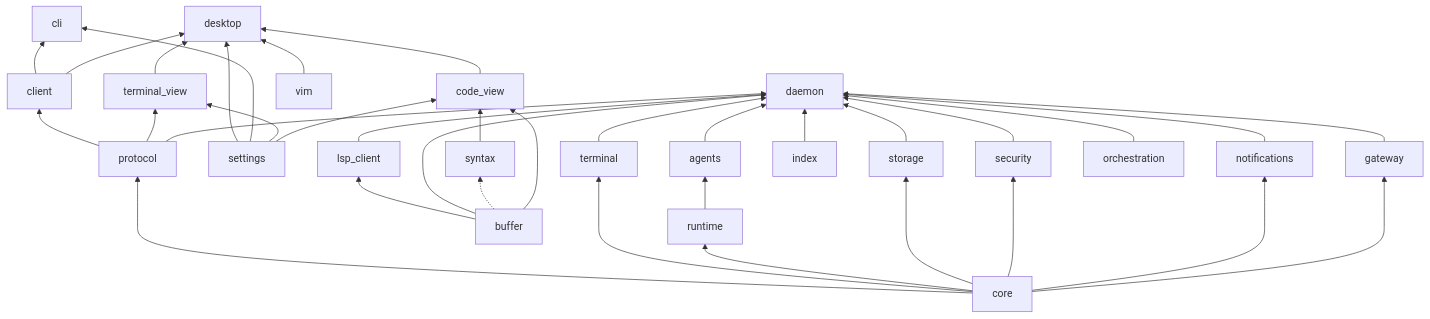
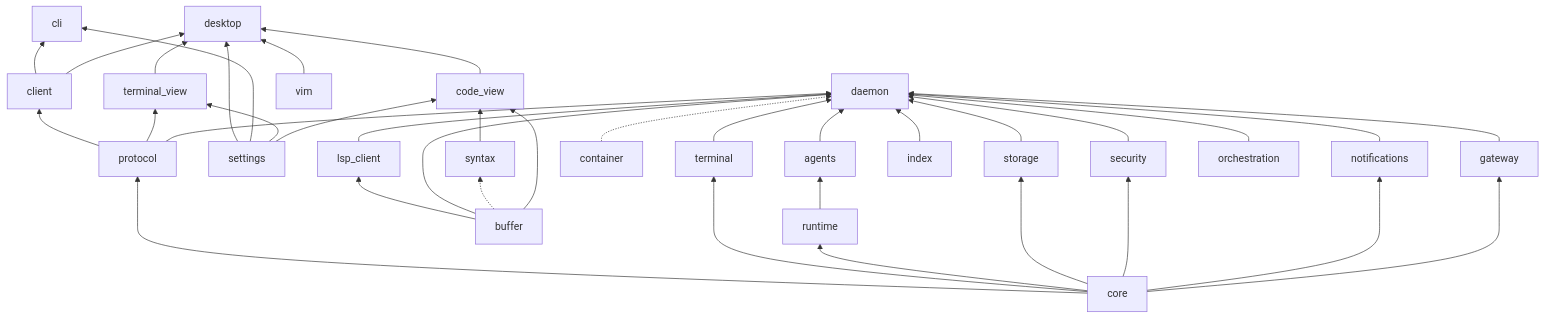
One commit to robertt3kuk/hutan changed the second of 8 diagrams in docs/architecture.md. Above: the diagram before and after it, drawn with Mermaid. The commit also changed other lines of this file and 1 other file, not shown here.

Commit message:
docs(architecture): container runtime crate (C-1)

````diff
--- a/docs/architecture.md
+++ b/docs/architecture.md
@@ -60,23 +61,24 @@
 ```mermaid
 flowchart BT
   core --> protocol
   protocol --> client
   client --> cli
   client --> desktop
   protocol --> terminal_view --> desktop
   settings --> desktop
   settings --> cli
   settings --> terminal_view
   core --> terminal & runtime & storage & security & notifications
   buffer
+  container -.-> daemon
   buffer --> lsp_client
   lsp_client & buffer --> daemon
   buffer -.-> syntax
   buffer & syntax & settings --> code_view --> desktop
   vim --> desktop
   index --> daemon
   runtime --> agents
   core --> gateway
   terminal & agents & gateway & storage & security & notifications & orchestration --> daemon
   protocol --> daemon
 ```
````
